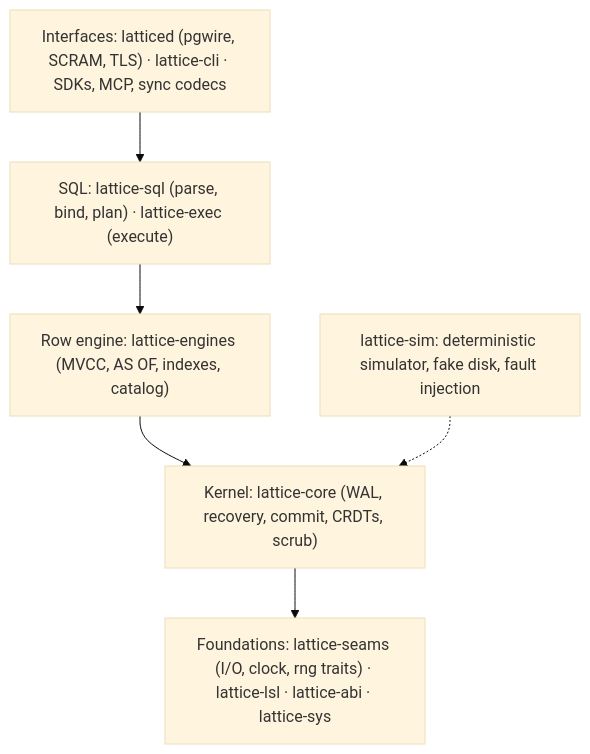
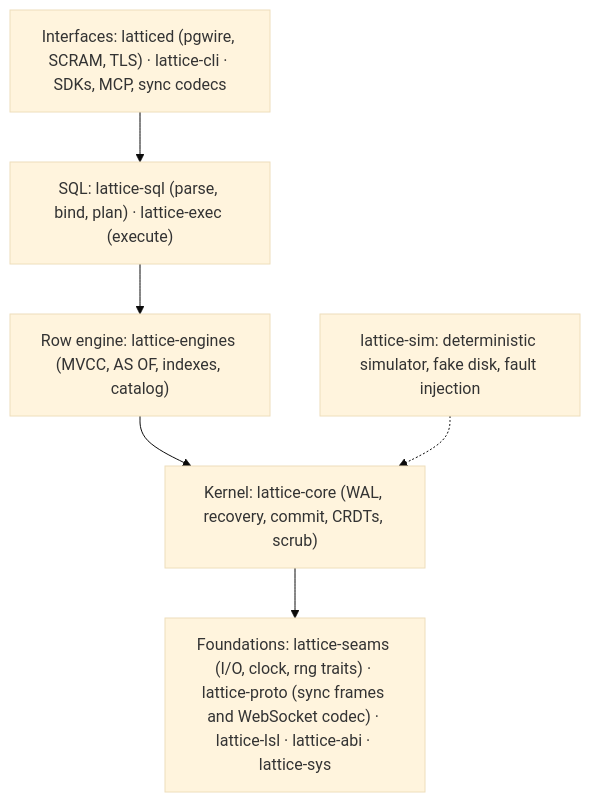
One commit to moncifem/latticedb changed the second of 2 diagrams in README.md. Above: the diagram before and after it, drawn with Mermaid (base theme). The commit also changed 36 other files, not shown here.

First line of the commit message:
refactor(sdk): move the sync frames and WebSocket codec into a shared lattice-proto crate

````diff
--- a/README.md
+++ b/README.md
@@ -131,10 +131,10 @@
 ```mermaid
 flowchart TB
   api["Interfaces: latticed (pgwire, SCRAM, TLS) · lattice-cli · SDKs, MCP, sync codecs"]
   sql["SQL: lattice-sql (parse, bind, plan) · lattice-exec (execute)"]
   eng["Row engine: lattice-engines (MVCC, AS OF, indexes, catalog)"]
   ker["Kernel: lattice-core (WAL, recovery, commit, CRDTs, scrub)"]
-  low["Foundations: lattice-seams (I/O, clock, rng traits) · lattice-lsl · lattice-abi · lattice-sys"]
+  low["Foundations: lattice-seams (I/O, clock, rng traits) · lattice-proto (sync frames and WebSocket codec) · lattice-lsl · lattice-abi · lattice-sys"]
   api --> sql --> eng --> ker --> low
   sim["lattice-sim: deterministic simulator, fake disk, fault injection"] -.-> ker
 ```
````
